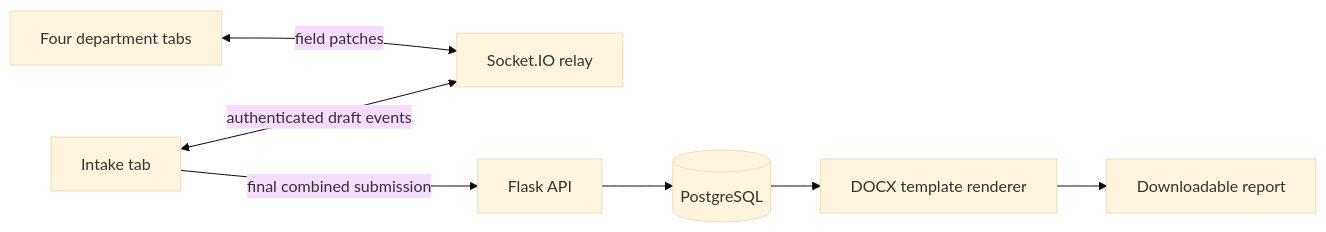
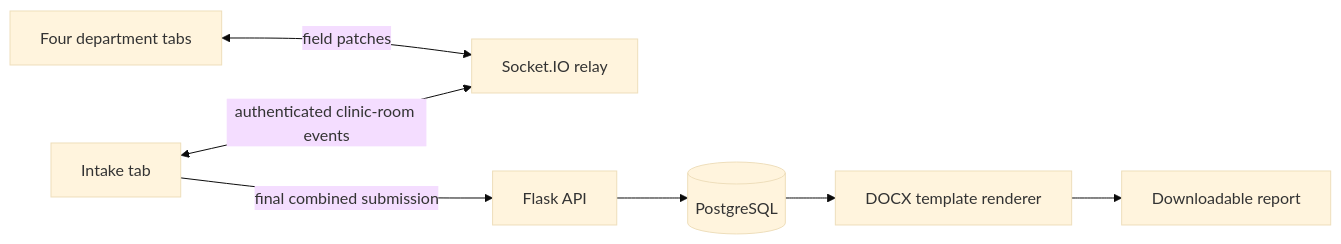
One commit to abheet19/HealthFlow changed the diagram in README.md. Above: the diagram before and after it, drawn with Mermaid (base theme). The commit also changed other lines of this file and 31 other files, not shown here.

````diff
--- a/README.md
+++ b/README.md
@@ -56,9 +59,9 @@
 ```mermaid
 flowchart LR
-  IT[Intake tab] <-->|authenticated draft events| S[Socket.IO relay]
+  IT[Intake tab] <-->|authenticated clinic-room events| S[Socket.IO relay]
   D[Four department tabs] <-->|field patches| S
   IT -->|final combined submission| F[Flask API]
   F --> P[(PostgreSQL)]
   P --> W[DOCX template renderer]
   W --> R[Downloadable report]
 ```
````
